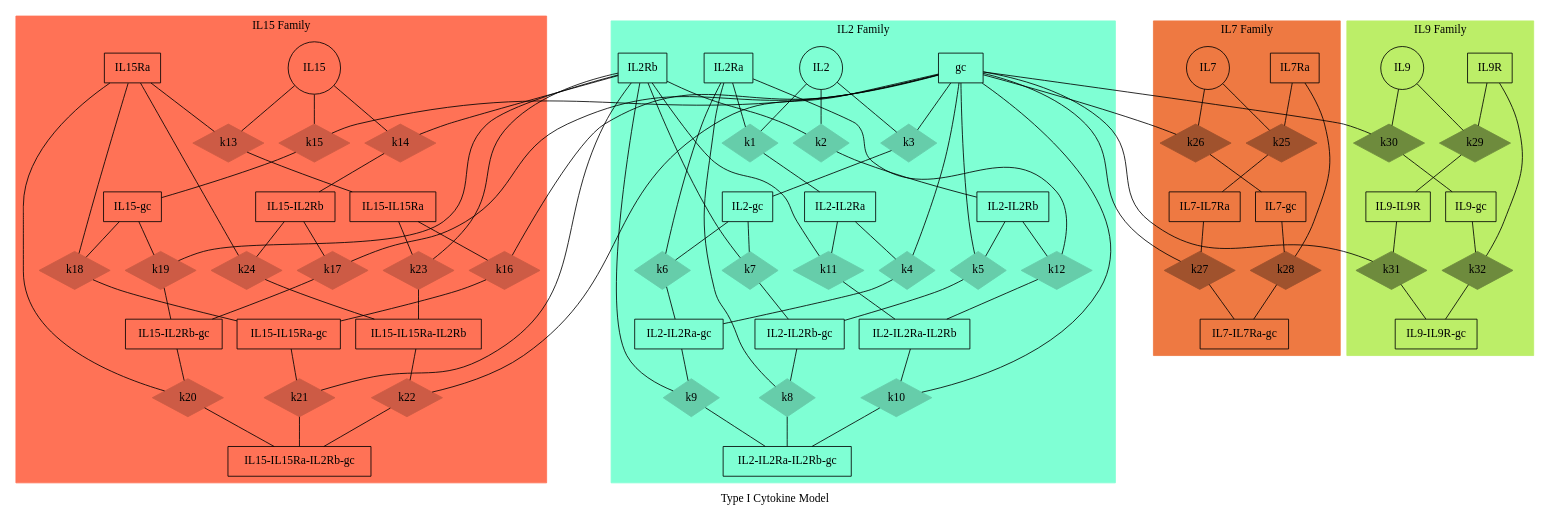
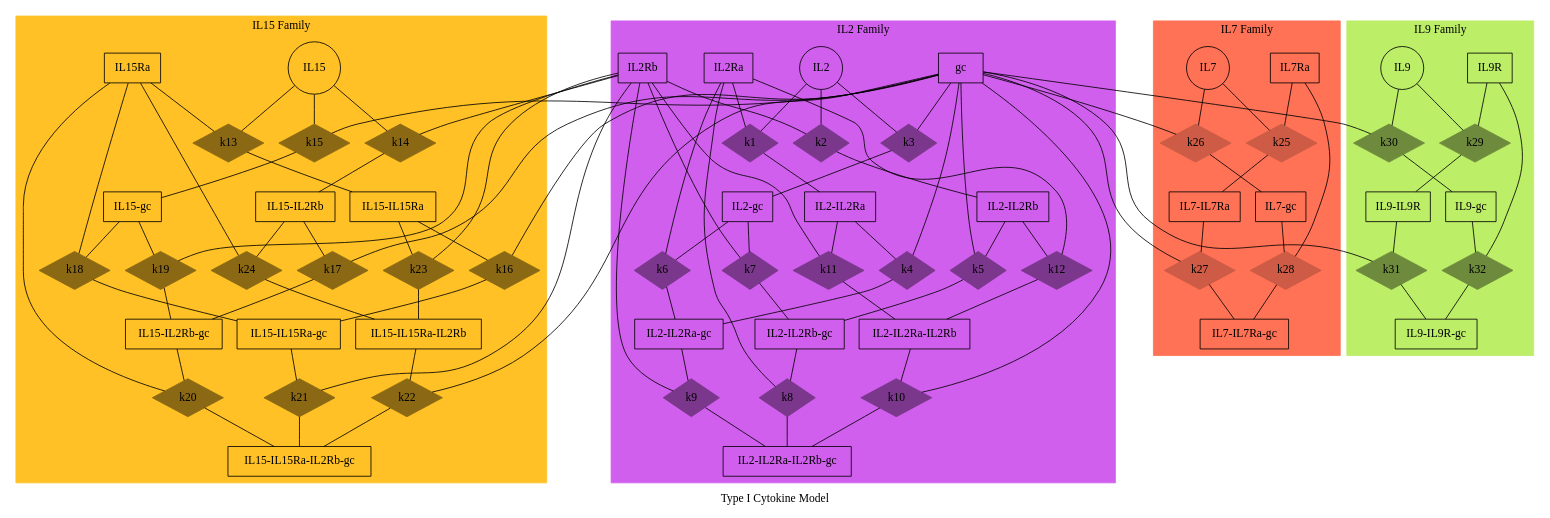
The diagram in ckine/data/graph_all.gv (meyer-lab/gc-valent), drawn with Graphviz before and after one commit. The commit also changed 1 other file, not shown here.

```diff
--- a/ckine/data/graph_all.gv
+++ b/ckine/data/graph_all.gv
@@ -47,8 +47,8 @@
 
 subgraph cluster_IL2 {
     style=filled;
-	color=aquamarine1;
-	node [style=filled,color=aquamarine3];
+	color=mediumorchid2;
+	node [style=filled,color=mediumorchid4];
     label= "IL2 Family"
 
     "k1" [shape=diamond,style=filled,height=.1,width=.1];
@@ -114,8 +114,8 @@
 
 subgraph cluster_IL15 {
     style=filled;
-	color=coral1;
-	node [style=filled,color=coral3];
+	color=goldenrod1;
+	node [style=filled,color=goldenrod4];
     label= "IL15 Family"
 
     "k13" [shape=diamond,style=filled,height=.1,width=.1];
@@ -181,8 +181,8 @@
 
 subgraph cluster_IL7 {
     style=filled;
-	color=sienna2;
-	node [style=filled,color=sienna];
+	color=coral1;
+	node [style=filled,color=coral3];
     label= "IL7 Family"
     
     "k25" [shape=diamond,style=filled,height=.1,width=.1];
```
